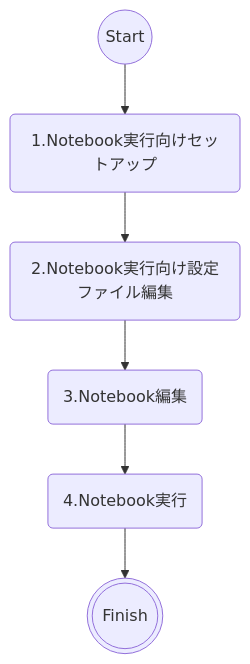
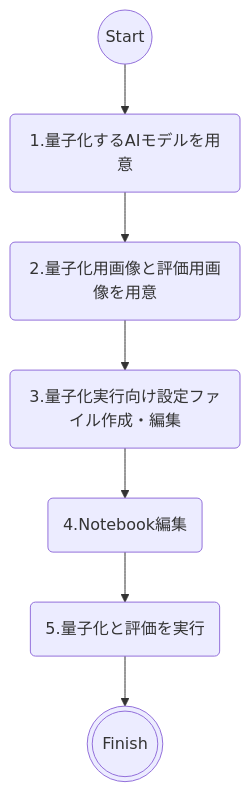
Before and after one commit to ZucchiniTang/aitrios-sdk-vision-sensing-app: the second of 2 diagrams in docs/development-docs/AsciiDoc/VisionandSensingApplicationSDK_FuncSpec_ModelQuantization_ja.adoc, drawn with Mermaid. The commit also changed other lines of this file and 200 other files, not shown here.

```diff
--- a/docs/development-docs/AsciiDoc/VisionandSensingApplicationSDK_FuncSpec_ModelQuantization_ja.adoc
+++ b/docs/development-docs/AsciiDoc/VisionandSensingApplicationSDK_FuncSpec_ModelQuantization_ja.adoc
@@ -86,9 +97,10 @@
 [mermaid]
 ----
 flowchart TD
-    start((Start)) --> id1(1.Notebook実行向けセットアップ)
-    id1 --> id2(2.Notebook実行向け設定ファイル編集)
-    id2 --> id3(3.Notebook編集)
-    id3 --> id4(4.Notebook実行)
-    id4 --> finish(((Finish)))
+    start((Start)) --> id1(1.量子化するAIモデルを用意)
+    id1 --> id2(2.量子化用画像と評価用画像を用意)
+    id2 --> id3("3.量子化実行向け設定ファイル作成・編集")
+    id3 --> id4(4.Notebook編集)
+    id4 --> id5(5.量子化と評価を実行)
+    id5 --> finish(((Finish)))
 ----
```
